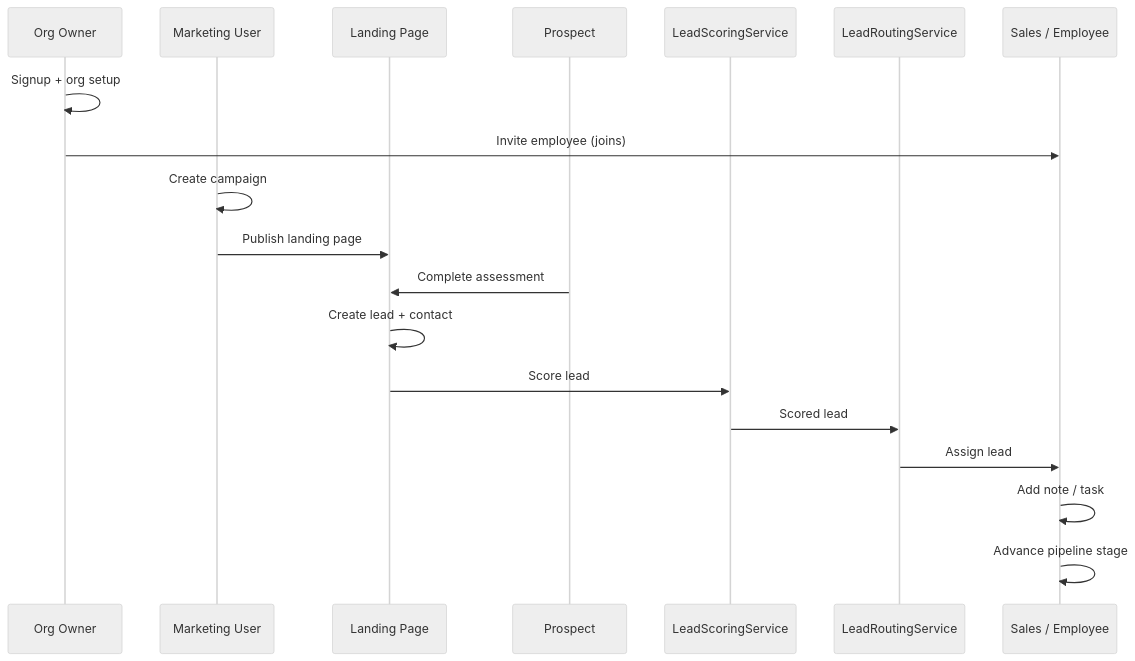
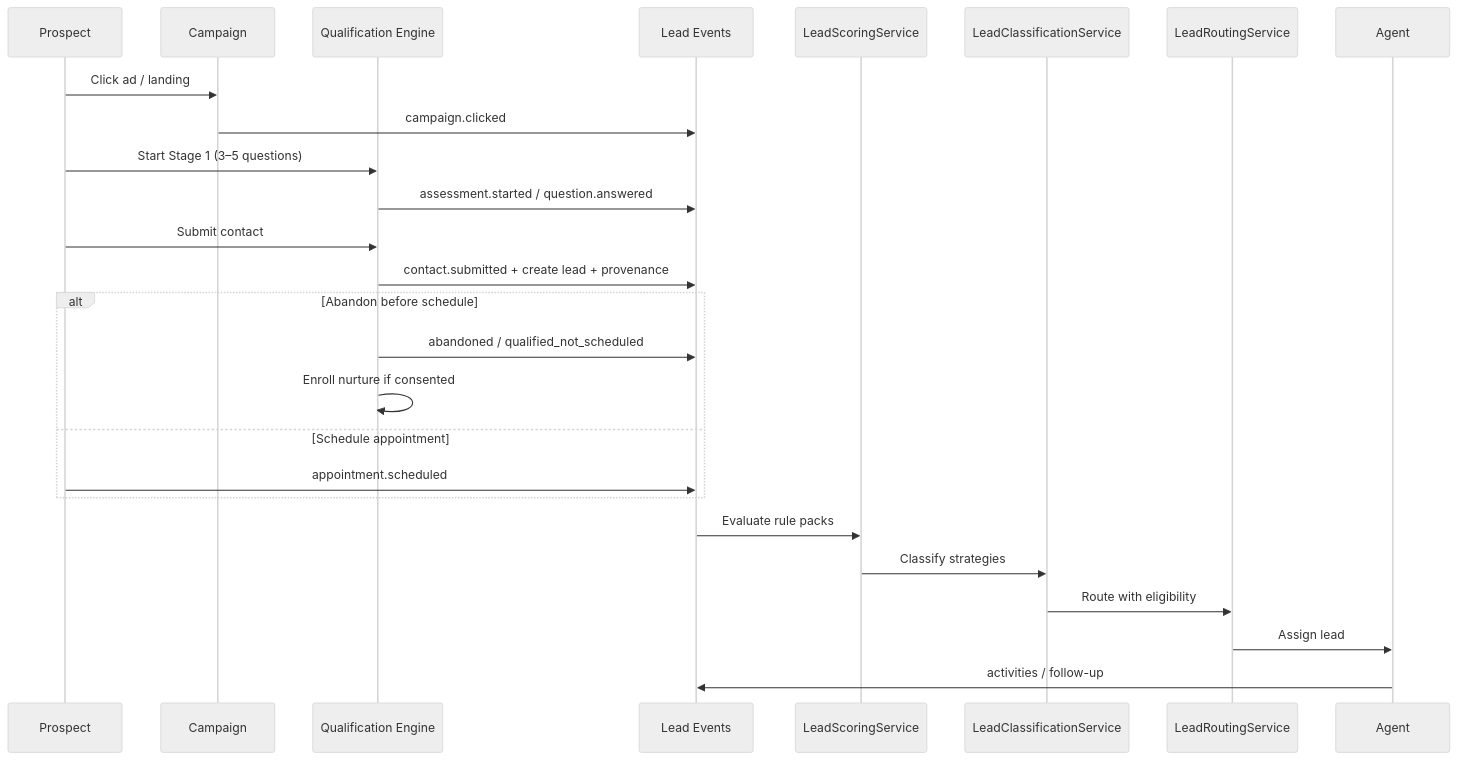
One commit to cegriffin1/FinancePlatform changed the first of 2 diagrams in docs/campaign-and-lead-flow.md. Above: the diagram before and after it, drawn with Mermaid (neutral theme). The commit also changed other lines of this file and 78 other files, not shown here.

First line of the commit message:
feat: add campaign growth engine phase 1

````diff
--- a/docs/campaign-and-lead-flow.md
+++ b/docs/campaign-and-lead-flow.md
@@ -23,22 +13,29 @@
 ```mermaid
 sequenceDiagram
-  participant Owner as Org Owner
-  participant Mkt as Marketing User
-  participant Site as Landing Page
-  participant Prospect as Prospect
+  participant Prospect
+  participant Campaign
+  participant Qual as Qualification Engine
+  participant Events as Lead Events
   participant Score as LeadScoringService
+  participant Class as LeadClassificationService
   participant Route as LeadRoutingService
-  participant Rep as Sales / Employee
+  participant Agent
 
-  Owner->>Owner: Signup + org setup
-  Owner->>Rep: Invite employee (joins)
-  Mkt->>Mkt: Create campaign
-  Mkt->>Site: Publish landing page
-  Prospect->>Site: Complete assessment
-  Site->>Site: Create lead + contact
-  Site->>Score: Score lead
-  Score->>Route: Scored lead
-  Route->>Rep: Assign lead
-  Rep->>Rep: Add note / task
-  Rep->>Rep: Advance pipeline stage
+  Prospect->>Campaign: Click ad / landing
+  Campaign->>Events: campaign.clicked
+  Prospect->>Qual: Start Stage 1 (3–5 questions)
+  Qual->>Events: assessment.started / question.answered
+  Prospect->>Qual: Submit contact
+  Qual->>Events: contact.submitted + create lead + provenance
+  alt Abandon before schedule
+    Qual->>Events: abandoned / qualified_not_scheduled
+    Qual->>Qual: Enroll nurture if consented
+  else Schedule appointment
+    Prospect->>Events: appointment.scheduled
+  end
+  Events->>Score: Evaluate rule packs
+  Score->>Class: Classify strategies
+  Class->>Route: Route with eligibility
+  Route->>Agent: Assign lead
+  Agent->>Events: activities / follow-up
 ```
````
